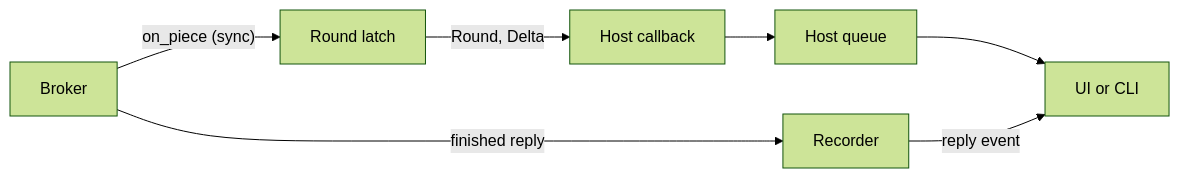
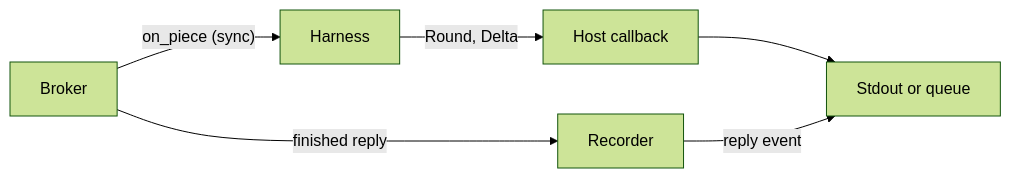
Before and after one commit to cppalliance/runvil-design: the diagram in research/2026-11-24-inference-broker-streaming-design.md, drawn with Mermaid (forest theme). The commit also changed other lines of this file, not shown here.

First line of the commit message:
Drop the latch from the streaming design

````diff
--- a/research/2026-11-24-inference-broker-streaming-design.md
+++ b/research/2026-11-24-inference-broker-streaming-design.md
@@ -198,9 +195,8 @@
 ```mermaid
 flowchart LR
-  Broker["Broker"] -->|"on_piece (sync)"| Latch["Round latch"]
-  Latch -->|"Round, Delta"| HostCb["Host callback"]
-  HostCb --> HostQ["Host queue"]
-  HostQ --> Ui["UI or CLI"]
+  Broker["Broker"] -->|"on_piece (sync)"| Harness["Harness"]
+  Harness -->|"Round, Delta"| HostCb["Host callback"]
+  HostCb --> Out["Stdout or queue"]
   Broker -->|"finished reply"| Rec["Recorder"]
-  Rec -->|"reply event"| Ui
+  Rec -->|"reply event"| Out
 ```
````
